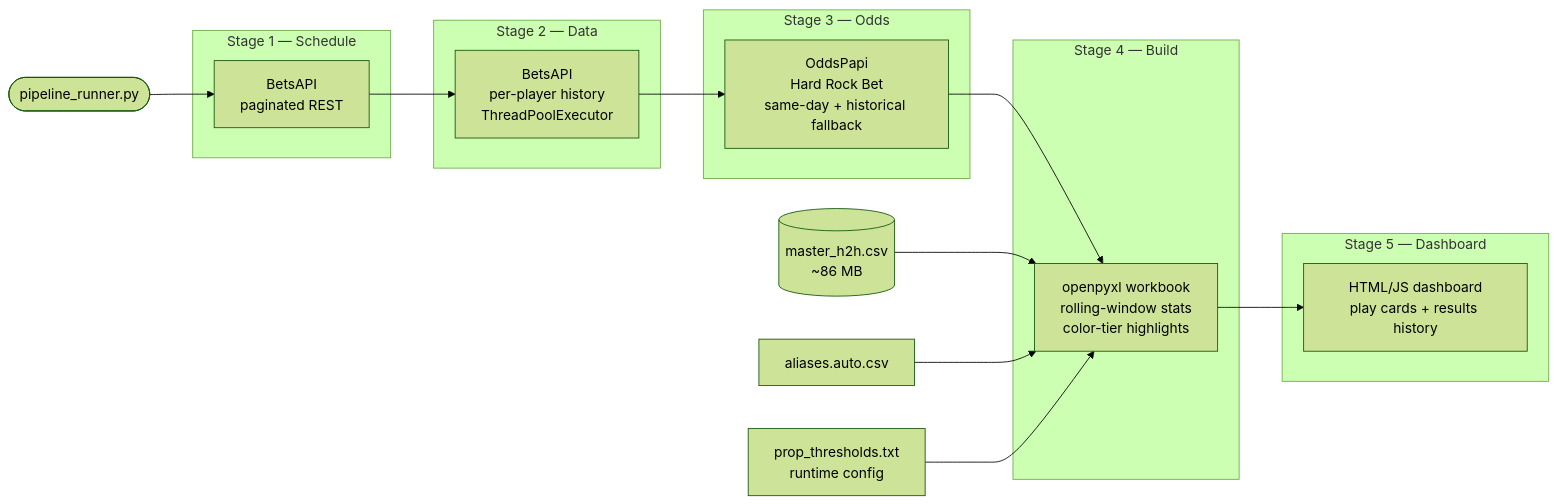
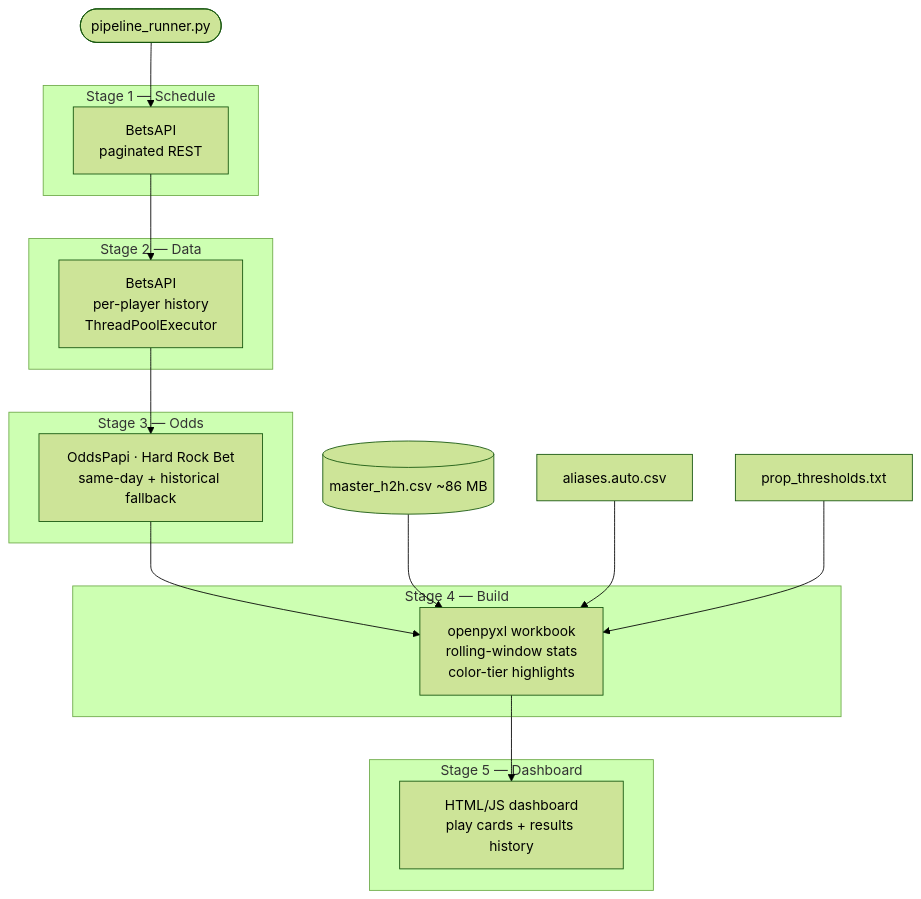
One commit to JaredDecker-Analytics/table-tennis-analytics changed the diagram in README.md. Above: the diagram before and after it, drawn with Mermaid (forest theme). The commit also changed other lines of this file, not shown here.

````diff
--- a/README.md
+++ b/README.md
@@ -34,30 +36,31 @@
 ```mermaid
-flowchart LR
-    A([pipeline_runner.py]) --> B
+flowchart TD
+    A([pipeline_runner.py])
+    A --> B
 
     subgraph Stage1["Stage 1 — Schedule"]
         B[BetsAPI\npaginated REST]
     end
 
     subgraph Stage2["Stage 2 — Data"]
         C[BetsAPI\nper-player history\nThreadPoolExecutor]
     end
 
     subgraph Stage3["Stage 3 — Odds"]
-        D[OddsPapi\nHard Rock Bet\nsame-day + historical fallback]
+        D[OddsPapi · Hard Rock Bet\nsame-day + historical fallback]
     end
 
     subgraph Stage4["Stage 4 — Build"]
         E[openpyxl workbook\nrolling-window stats\ncolor-tier highlights]
     end
 
     subgraph Stage5["Stage 5 — Dashboard"]
         F[HTML/JS dashboard\nplay cards + results history]
     end
 
     B --> C --> D --> E --> F
 
-    G[(master_h2h.csv\n~86 MB)] --> E
+    G[(master_h2h.csv ~86 MB)] --> E
     H[aliases.auto.csv] --> E
-    I[prop_thresholds.txt\nruntime config] --> E
+    I[prop_thresholds.txt] --> E
 ```
````
